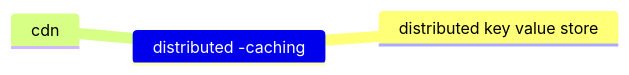
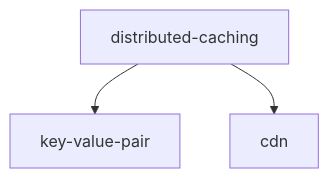
One commit to Sri2103/LearningNotes changed the diagram in caching/distributed-caching.md. Above: the diagram before and after it, drawn with Mermaid. The commit also changed 7 other files, not shown here.

````diff
--- a/caching/distributed-caching.md
+++ b/caching/distributed-caching.md
@@ -9,6 +9,5 @@
 ```mermaid
-mindmap
-    distributed -caching
-        distributed key value store
-        cdn
+graph TD
+    distributed-caching --> key-value-pair
+    distributed-caching --> cdn
 ```
````
